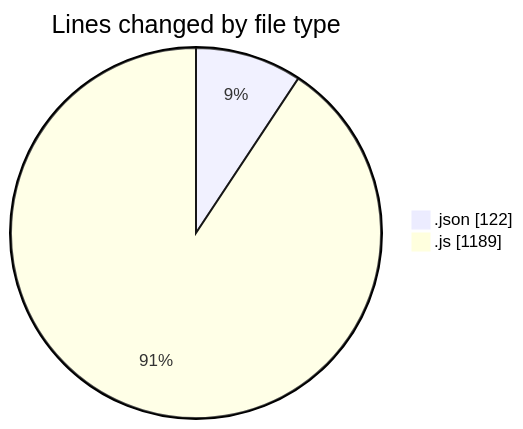
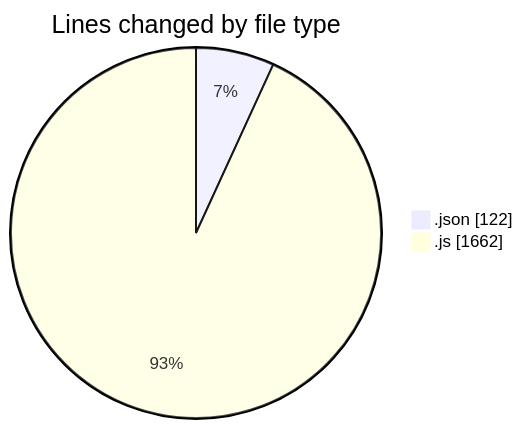
One commit to lephambinh05/code-tracking changed the first of 2 diagrams in 2025-07-15/eduwallet-main/README.md. Above: the diagram before and after it, drawn with Mermaid. The commit also changed other lines of this file and 1 other file, not shown here.

````diff
--- a/2025-07-15/eduwallet-main/README.md
+++ b/2025-07-15/eduwallet-main/README.md
@@ -28,6 +29,6 @@
 ```mermaid
 pie showData
 title Lines changed by file type
 ".json" : 122
-".js" : 1189
+".js" : 1662
 ```
````
